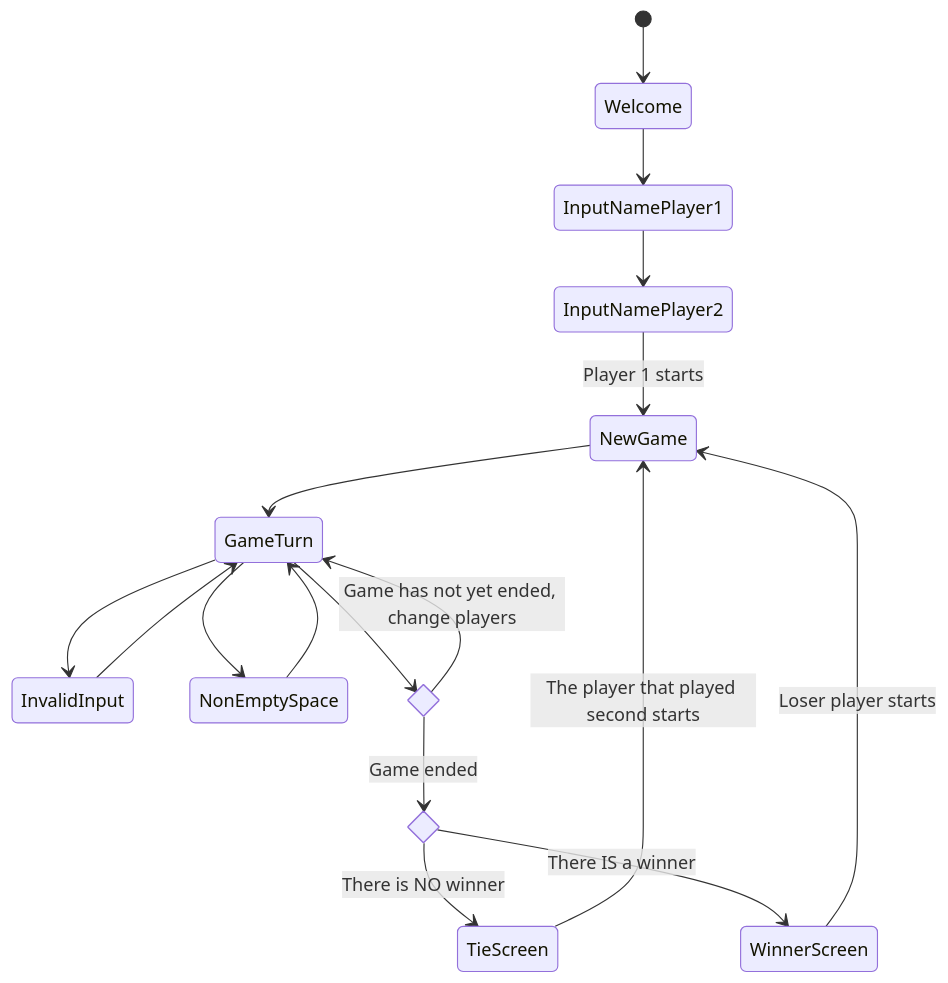
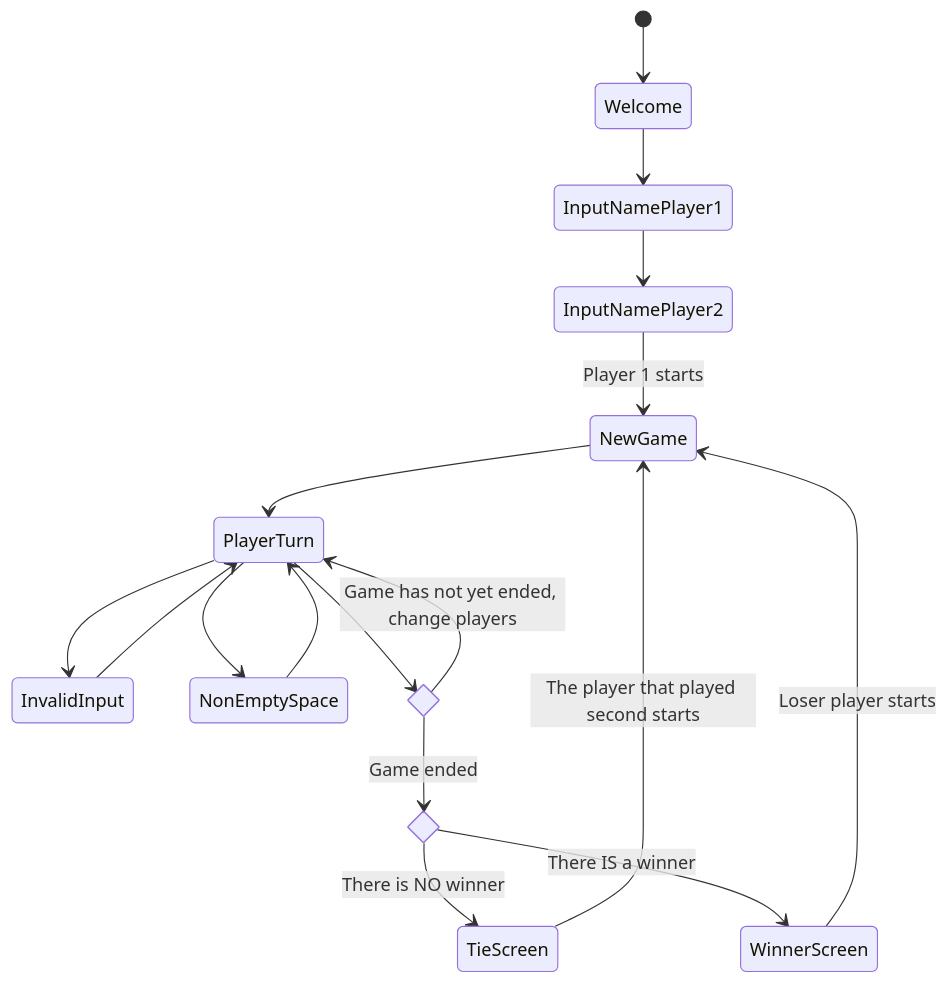
The diagram in README.md (Thiago-Morais/Curso-Unifel-Games-Trabalho-02), drawn with Mermaid before and after one commit. The commit also changed 4 other files, not shown here.

````diff
--- a/README.md
+++ b/README.md
@@ -11,31 +11,31 @@
 ```mermaid
 stateDiagram-v2
     Welcome
     InputNamePlayer1
     InputNamePlayer2
     NewGame
-    GameTurn
+    PlayerTurn
     InvalidInput
     TieScreen
     WinnerScreen
     NonEmptySpace
     state has_game_ended <<choice>>
     state is_there_a_winner <<choice>>
 
     [*] --> Welcome
     Welcome --> InputNamePlayer1
     InputNamePlayer1 --> InputNamePlayer2
     InputNamePlayer2 --> NewGame: Player 1 starts
-    NewGame --> GameTurn
-    GameTurn --> InvalidInput
-    InvalidInput --> GameTurn
-    GameTurn --> NonEmptySpace
-    NonEmptySpace --> GameTurn
-    GameTurn --> has_game_ended
-    has_game_ended --> GameTurn : Game has not yet ended, change players
+    NewGame --> PlayerTurn
+    PlayerTurn --> InvalidInput
+    InvalidInput --> PlayerTurn
+    PlayerTurn --> NonEmptySpace
+    NonEmptySpace --> PlayerTurn
+    PlayerTurn --> has_game_ended
+    has_game_ended --> PlayerTurn : Game has not yet ended, change players
     has_game_ended --> is_there_a_winner : Game ended
     is_there_a_winner --> TieScreen : There is NO winner
     is_there_a_winner --> WinnerScreen : There IS a winner
     TieScreen --> NewGame: The player that played second starts
     WinnerScreen --> NewGame: Loser player starts
 ```
````
